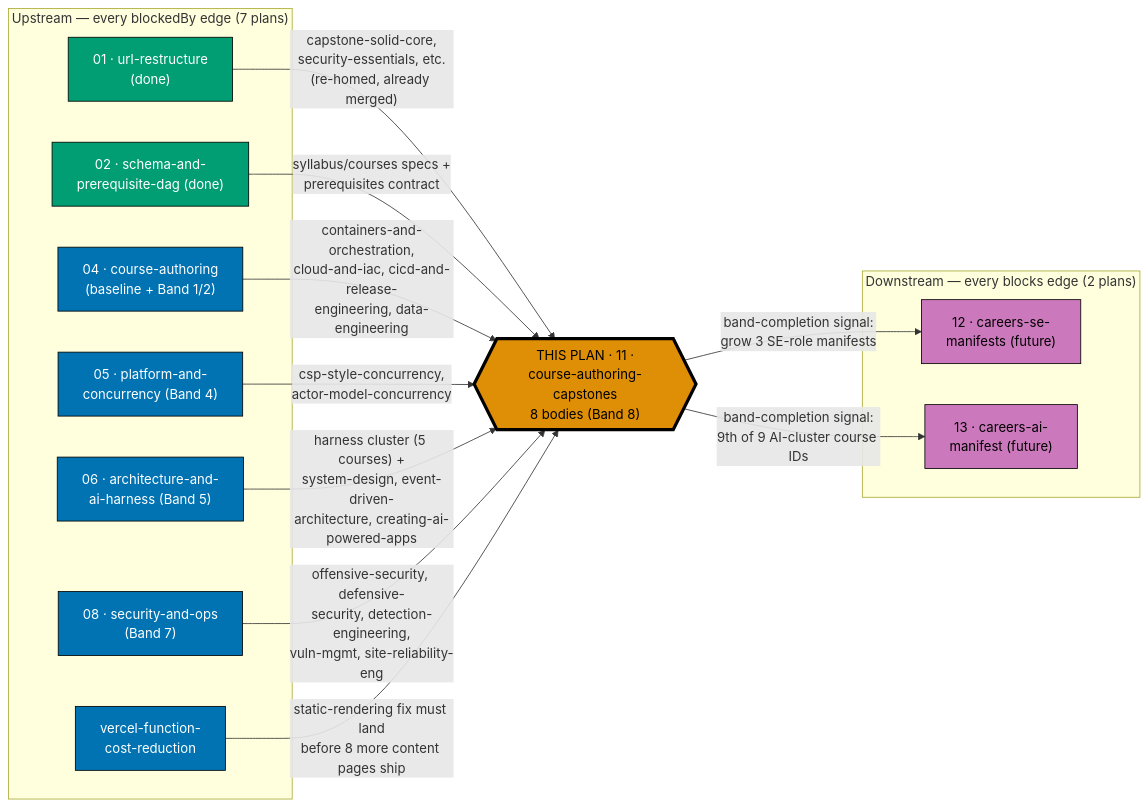
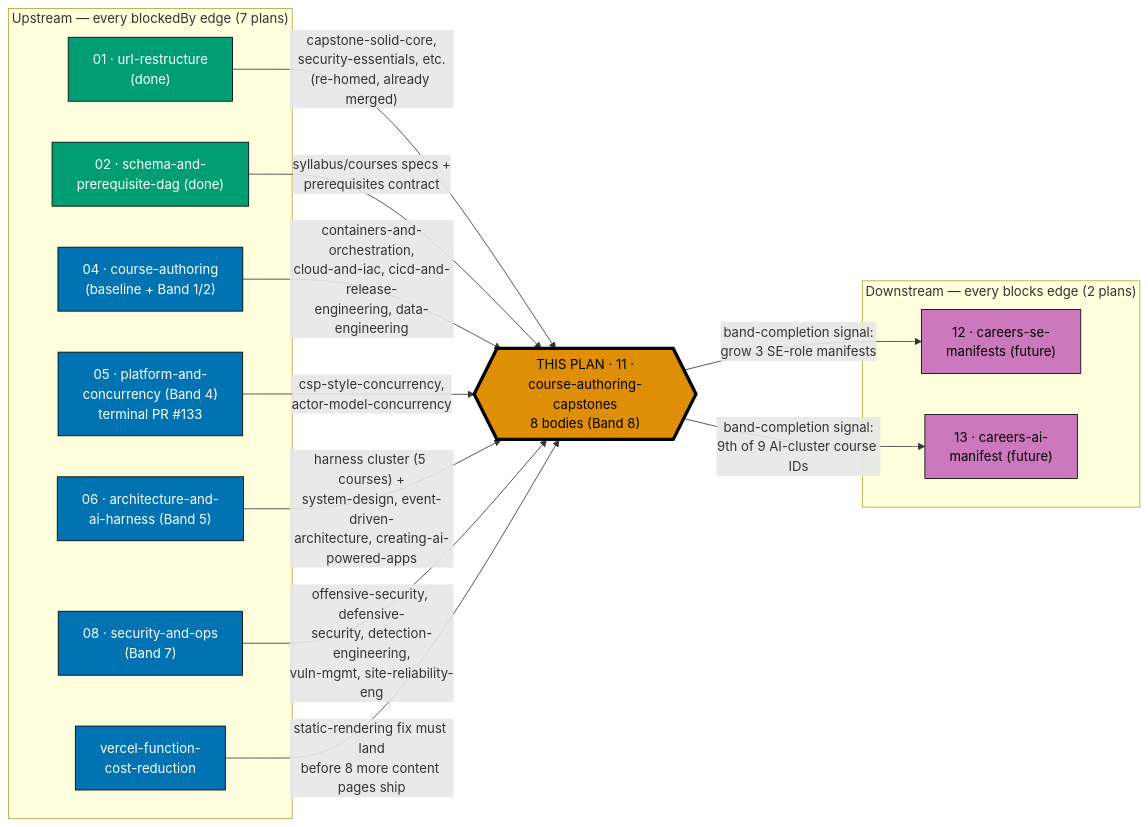
The first of 2 diagrams in plans/backlog/ayokoding-learning-path-11-course-authoring-capstones/README.md (wahidyankf/open-sharia-fintech), drawn with Mermaid before and after one commit. The commit also changed other lines of this file and 15 other files, not shown here.

````diff
--- a/plans/backlog/ayokoding-learning-path-11-course-authoring-capstones/README.md
+++ b/plans/backlog/ayokoding-learning-path-11-course-authoring-capstones/README.md
@@ -110,39 +110,39 @@
 ```mermaid
 %% This plan's position relative to every plan it depends on and every plan that depends on it.
 %% Node SHAPE encodes role: rectangle = upstream plan this depends on, hexagon (doubled border) =
 %% THIS plan, parallelogram = downstream consumer. This diagram exists specifically to make the
 %% fan-in explicit: THIS plan has more inbound edges than any other course-authoring successor plan,
 %% because capstones synthesize other bands' content by design.
 flowchart LR
     subgraph UP["Upstream — every blockedBy edge (7 plans)"]
         P1["01 · url-restructure<br/>(done)"]:::done
         P2["02 · schema-and-<br/>prerequisite-dag (done)"]:::done
         P4["04 · course-authoring<br/>(baseline + Band 1/2)"]:::upstream
-        P5["05 · platform-and-<br/>concurrency (Band 4)"]:::upstream
+        P5["05 · platform-and-<br/>concurrency (Band 4)<br/>terminal PR #133"]:::upstream
         P6["06 · architecture-and-<br/>ai-harness (Band 5)"]:::upstream
         P8["08 · security-and-ops<br/>(Band 7)"]:::upstream
         VFR["vercel-function-<br/>cost-reduction"]:::upstream
     end
 
     THIS{{"THIS PLAN · 11 ·<br/>course-authoring-capstones<br/>8 bodies (Band 8)"}}:::this
 
     subgraph DOWN["Downstream — every blocks edge (2 plans)"]
         P12["12 · careers-se-<br/>manifests (future)"]:::downstream
         P13["13 · careers-ai-<br/>manifest (future)"]:::downstream
     end
 
     P1 -->|"capstone-solid-core,<br/>security-essentials, etc.<br/>(re-homed, already merged)"| THIS
     P2 -->|"syllabus/courses specs +<br/>prerequisites contract"| THIS
     P4 -->|"containers-and-orchestration,<br/>cloud-and-iac, cicd-and-release-<br/>engineering, data-engineering"| THIS
     P5 -->|"csp-style-concurrency,<br/>actor-model-concurrency"| THIS
     P6 -->|"harness cluster (5 courses) +<br/>system-design, event-driven-<br/>architecture, creating-ai-powered-apps"| THIS
     P8 -->|"offensive-security, defensive-<br/>security, detection-engineering,<br/>vuln-mgmt, site-reliability-eng"| THIS
     VFR -->|"static-rendering fix must land<br/>before 8 more content pages ship"| THIS
     THIS -->|"band-completion signal:<br/>grow 3 SE-role manifests"| P12
     THIS -->|"band-completion signal:<br/>9th of 9 AI-cluster course IDs"| P13
 
     classDef done fill:#029E73,stroke:#000000,color:#FFFFFF
     classDef upstream fill:#0173B2,stroke:#000000,color:#FFFFFF
     classDef this fill:#DE8F05,stroke:#000000,color:#000000,stroke-width:4px
     classDef downstream fill:#CC78BC,stroke:#000000,color:#000000
 ```
````
